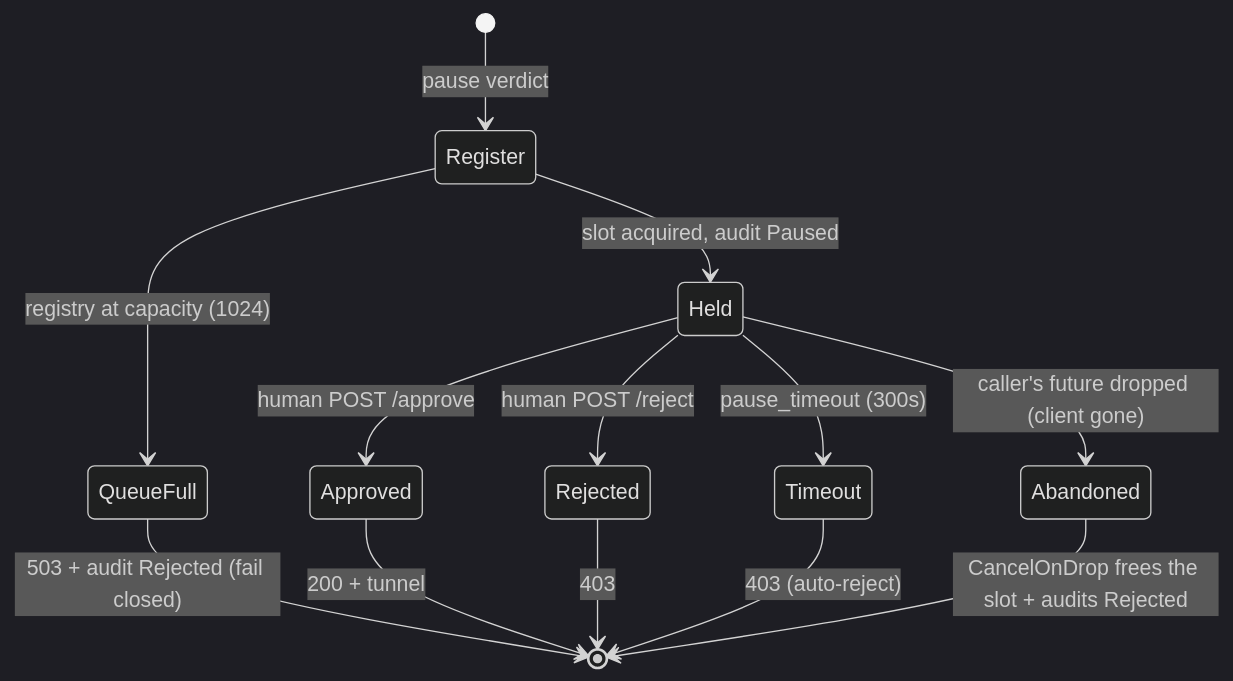
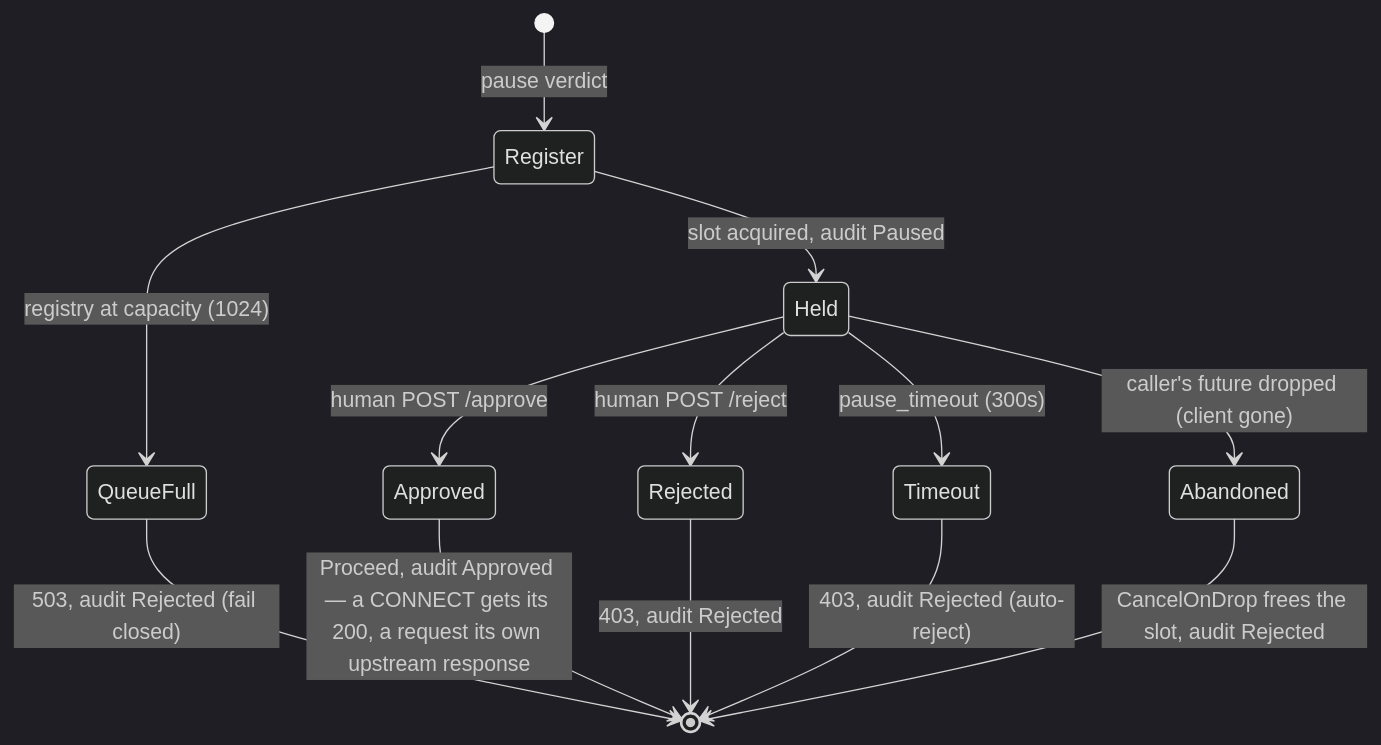
Before and after one commit to pleaseai/honmoon: the second of 3 diagrams in wiki/deep-dive/egress-gateway.md, drawn with Mermaid (dark theme). The commit also changed 1 other file, not shown here.

Commit message:
docs(wiki): the hold diagram had the same shape defect the verdict table did
`Approved --> [*]: 200 + tunnel` is CONNECT-only. `mitm::hold` returns
`Gate::Proceed` (`mitm.rs:350-352`), which on an inner or cleartext
request reaches `inspect_body` and forwards — the client gets the
upstream's response, not a 200. Exactly what codex and cubic caught in the
verdict table last week, still sitting one section below it.

Found by sweeping for the second defect shape rather than the first: a
diagram branch that does not match the code path. While there, the audit
entry is now named on every terminal arrow instead of three of six —
`Timeout` and `Rejected` both record `Decision::Rejected`
(`approval.rs:358-368`), and naming it on the neighbours but not on them
read as though they did not.

````diff
--- a/wiki/deep-dive/egress-gateway.md
+++ b/wiki/deep-dive/egress-gateway.md
@@ -248,15 +248,15 @@
 ```mermaid
 stateDiagram-v2
   [*] --> Register: pause verdict
   Register --> QueueFull: registry at capacity (1024)
   Register --> Held: slot acquired, audit Paused
-  QueueFull --> [*]: 503 + audit Rejected (fail closed)
+  QueueFull --> [*]: 503, audit Rejected (fail closed)
   Held --> Approved: human POST /approve
   Held --> Rejected: human POST /reject
   Held --> Timeout: pause_timeout (300s)
   Held --> Abandoned: caller's future dropped (client gone)
-  Approved --> [*]: 200 + tunnel
-  Rejected --> [*]: 403
-  Timeout --> [*]: 403 (auto-reject)
-  Abandoned --> [*]: CancelOnDrop frees the slot + audits Rejected
+  Approved --> [*]: Proceed, audit Approved — a CONNECT gets its 200, a request its own upstream response
+  Rejected --> [*]: 403, audit Rejected
+  Timeout --> [*]: 403, audit Rejected (auto-reject)
+  Abandoned --> [*]: CancelOnDrop frees the slot, audit Rejected
 ```
````
